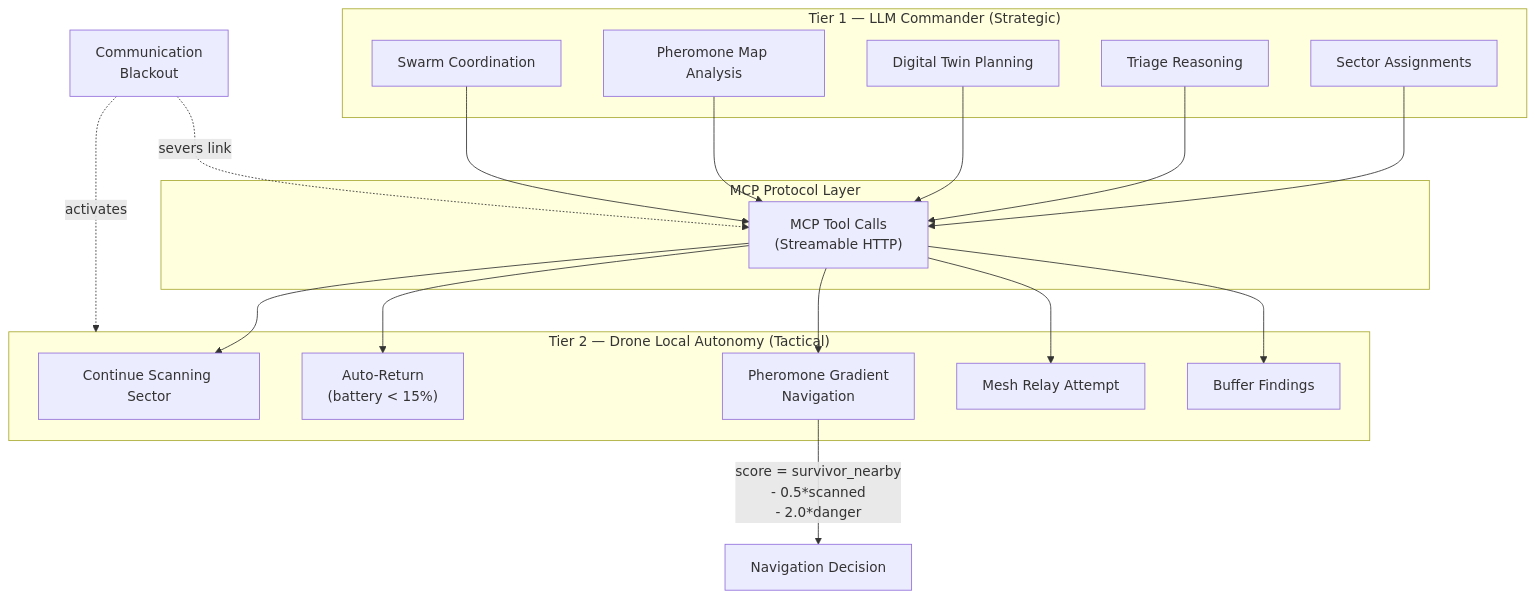
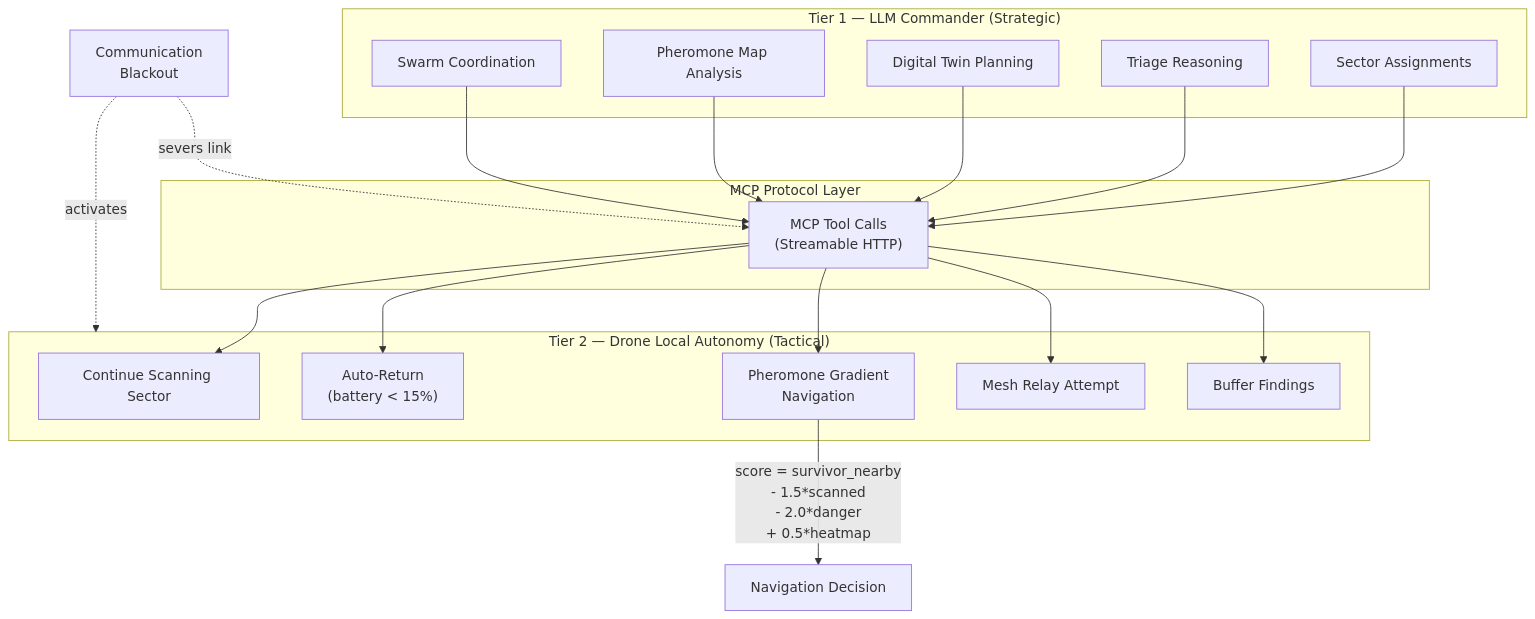
The second of 8 diagrams in README.md (Andersonnn7788/drone-agents), drawn with Mermaid before and after one commit. The commit also changed other lines of this file and 20 other files, not shown here.

Commit message:
fix all the bugs and update readme and architecture

````diff
--- a/README.md
+++ b/README.md
@@ -97,39 +101,39 @@
 ```mermaid
 flowchart TB
     subgraph Tier1["Tier 1 — LLM Commander (Strategic)"]
         SA[Sector Assignments]
         TR[Triage Reasoning]
         DT[Digital Twin Planning]
         PMA[Pheromone Map Analysis]
         SC[Swarm Coordination]
     end
 
     subgraph MCP_Layer["MCP Protocol Layer"]
         TC["MCP Tool Calls<br>(Streamable HTTP)"]
     end
 
     subgraph Tier2["Tier 2 — Drone Local Autonomy (Tactical)"]
         CS[Continue Scanning Sector]
         AR["Auto-Return<br>(battery < 15%)"]
         PG["Pheromone Gradient<br>Navigation"]
         MR[Mesh Relay Attempt]
         BF[Buffer Findings]
     end
 
     SA --> TC
     TR --> TC
     DT --> TC
     PMA --> TC
     SC --> TC
 
     TC --> CS
     TC --> AR
     TC --> PG
     TC --> MR
     TC --> BF
 
     BLACKOUT["Communication<br>Blackout"] -.->|"severs link"| TC
     BLACKOUT -.->|"activates"| Tier2
 
-    PG -->|"score = survivor_nearby<br>- 0.5*scanned<br>- 2.0*danger"| NAV[Navigation Decision]
+    PG -->|"score = survivor_nearby<br>- 1.5*scanned<br>- 2.0*danger<br>+ 0.5*heatmap"| NAV[Navigation Decision]
 ```
````
